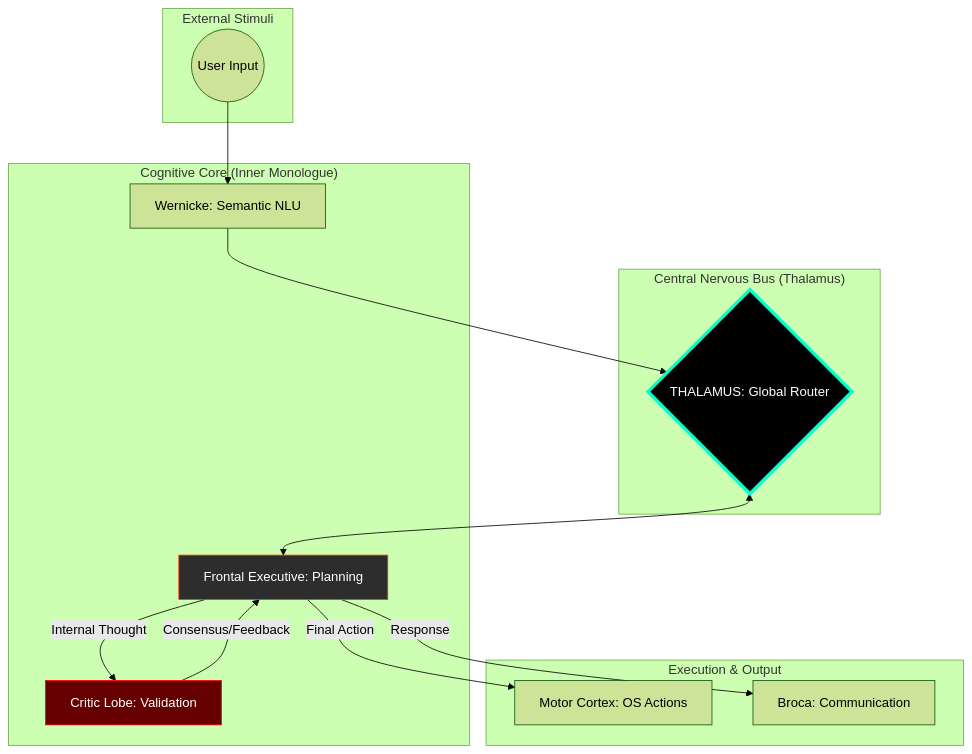
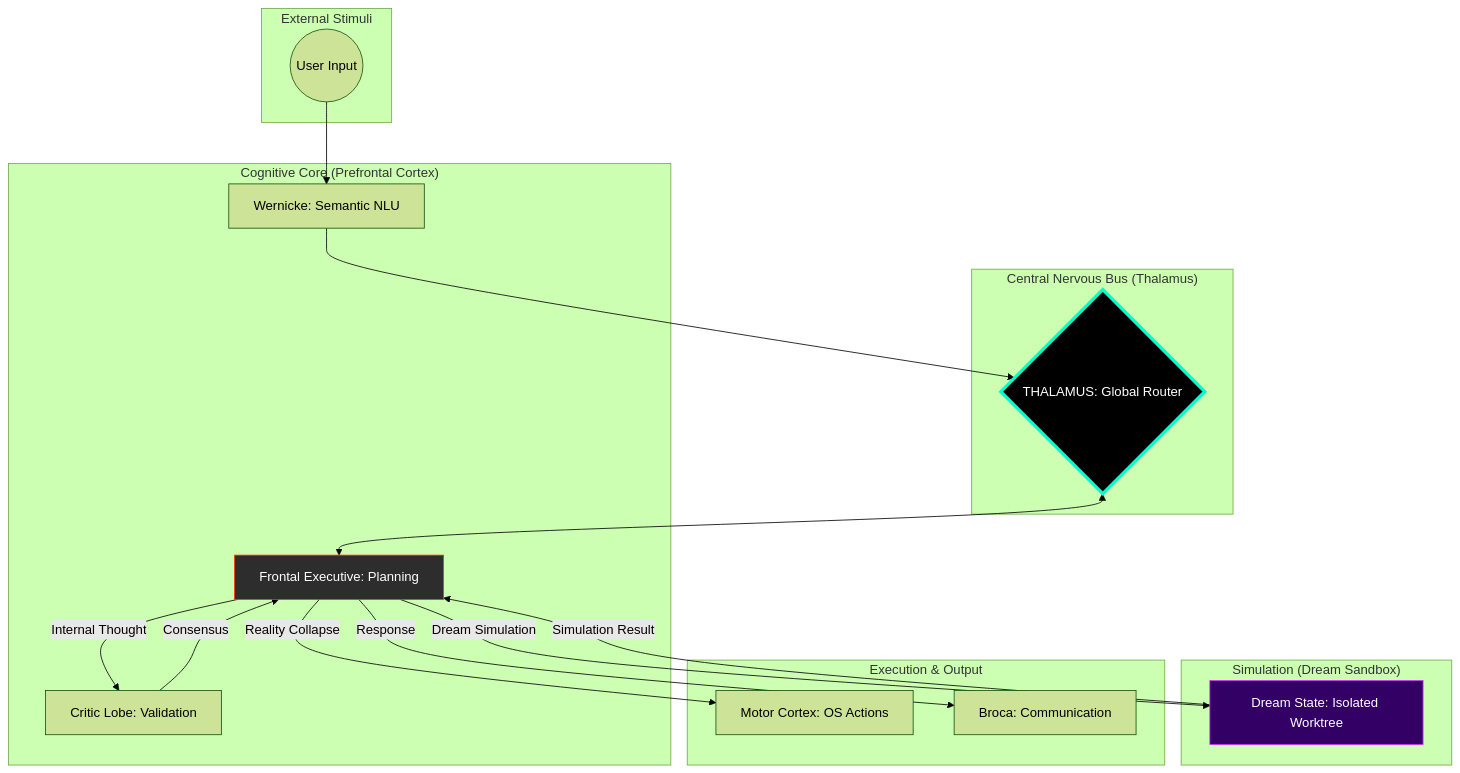
The diagram in README.md (jpmlima/NeuroSwarm), drawn with Mermaid (forest theme) before and after one commit. The commit also changed other lines of this file and 2 other files, not shown here.

Commit message:
feat: v1.9.0 - World Simulation (Dream Sandbox) and Counterfactual Reasoning

````diff
--- a/README.md
+++ b/README.md
@@ -32,34 +30,40 @@
 ```mermaid
 graph TD
     subgraph "External Stimuli"
         User((User Input))
     end
 
     subgraph "Central Nervous Bus (Thalamus)"
         TH{THALAMUS: Global Router}
     end
 
-    subgraph "Cognitive Core (Inner Monologue)"
+    subgraph "Cognitive Core (Prefrontal Cortex)"
         FE[Frontal Executive: Planning]
         CL[Critic Lobe: Validation]
         WN[Wernicke: Semantic NLU]
+    end
+
+    subgraph "Simulation (Dream Sandbox)"
+        DS[Dream State: Isolated Worktree]
     end
 
     subgraph "Execution & Output"
         MT[Motor Cortex: OS Actions]
         BR[Broca: Communication]
     end
 
     %% Flow
     User --> WN
     WN --> TH
     TH <--> FE
     FE -- Internal Thought --> CL
-    CL -- Consensus/Feedback --> FE
-    FE -- Final Action --> MT
+    CL -- Consensus --> FE
+    FE -- Dream Simulation --> DS
+    DS -- Simulation Result --> FE
+    FE -- Reality Collapse --> MT
     FE -- Response --> BR
     
     style TH fill:#000,stroke:#00ffcc,stroke-width:4px,color:#fff
     style FE fill:#2d2d2d,stroke:#ff3300,color:#fff
-    style CL fill:#660000,stroke:#ff0000,color:#fff
+    style DS fill:#330066,stroke:#cc33ff,color:#fff
 ```
````
